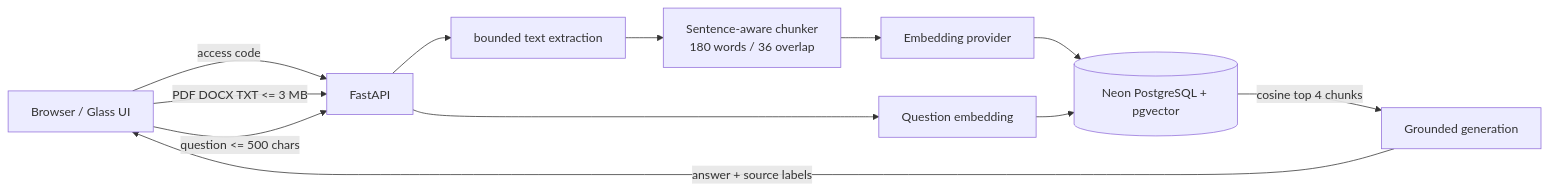
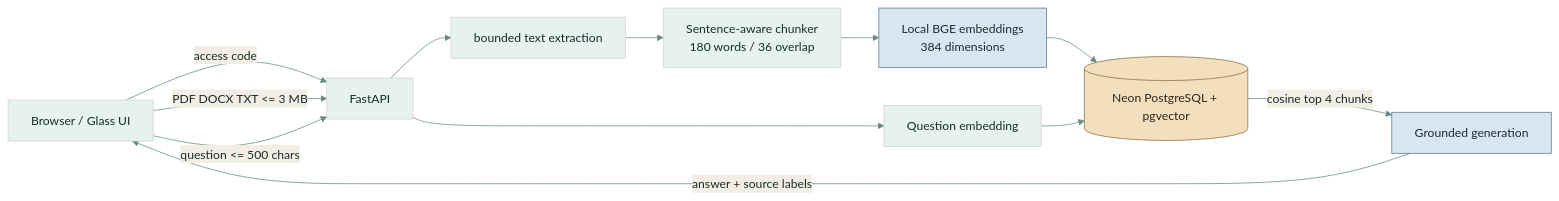
Before and after one commit to abheet19/Textify: the diagram in README.md, drawn with Mermaid. The commit also changed other lines of this file and 25 other files, not shown here.

Commit message:
Make Textify RAG workflows reproducible with local semantic embeddings

````diff
--- a/README.md
+++ b/README.md
@@ -19,14 +32,20 @@
 ```mermaid
+%%{init: {'theme': 'base', 'themeVariables': {'primaryColor':'#e5f2ee','primaryTextColor':'#172d28','lineColor':'#678b80'}}}%%
 flowchart LR
     U[Browser / Glass UI] -->|access code| A[FastAPI]
     U -->|PDF DOCX TXT <= 3 MB| A
     A --> X[bounded text extraction]
     X --> C[Sentence-aware chunker\n180 words / 36 overlap]
-    C --> E[Embedding provider]
+    C --> E[Local BGE embeddings
+384 dimensions]
     E --> P[(Neon PostgreSQL + pgvector)]
     U -->|question <= 500 chars| A
     A --> Q[Question embedding]
     Q --> P
     P -->|cosine top 4 chunks| G[Grounded generation]
     G -->|answer + source labels| U
+    classDef store fill:#f1dfbd,stroke:#8a7048,color:#2e2519;
+    classDef model fill:#d8e6f1,stroke:#5c7990,color:#182c3a;
+    class P store;
+    class E,G model;
 ```
````
